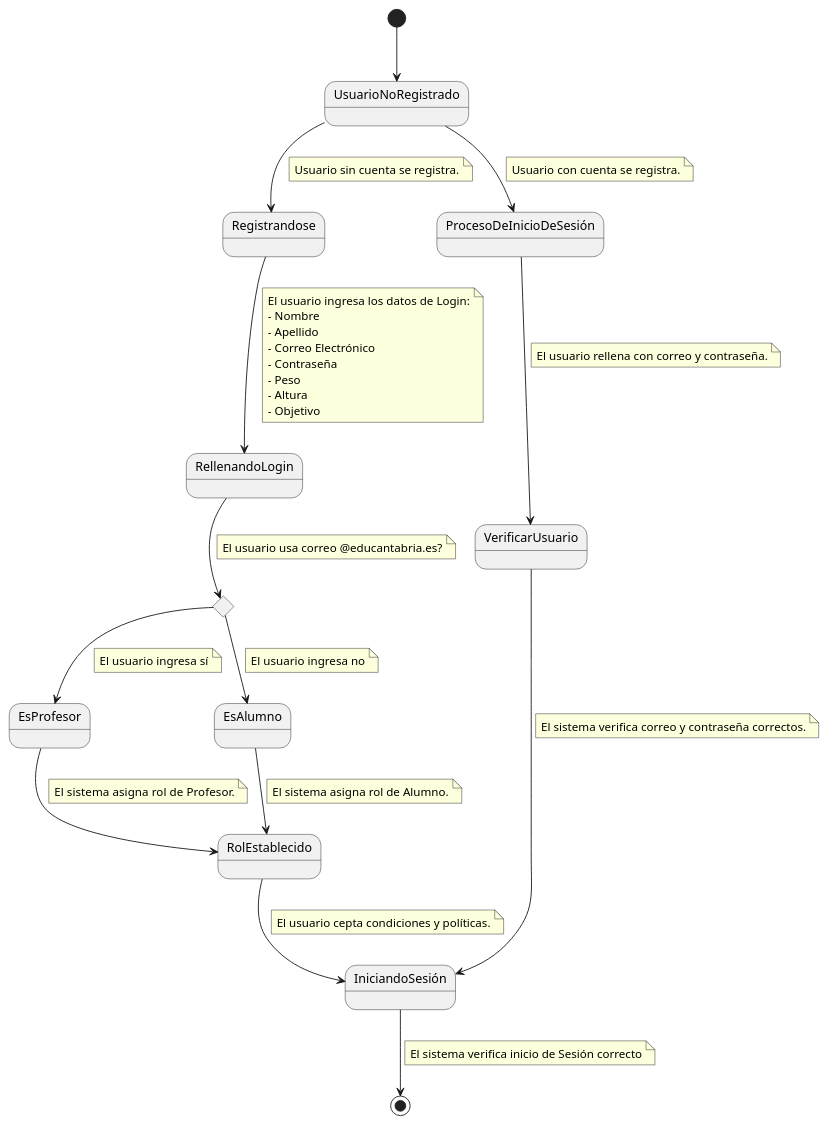
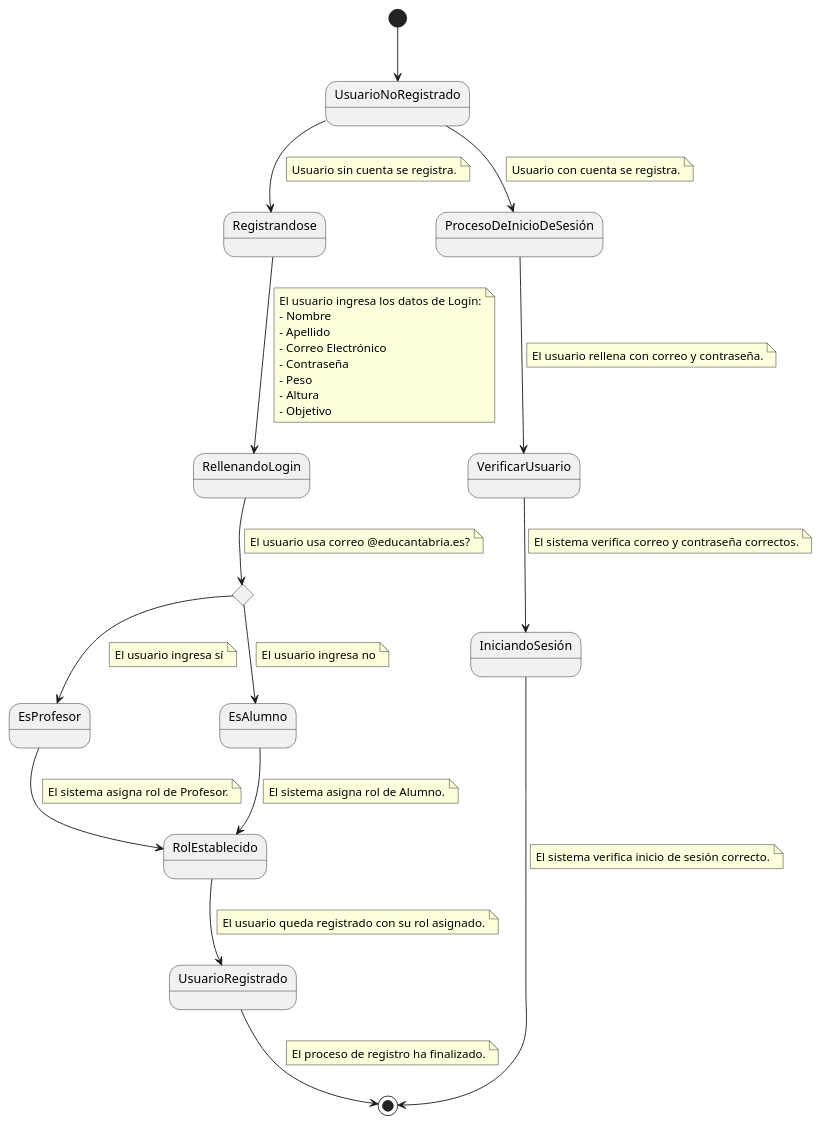
Before and after one commit to mmasias/24-25-IdSw1-SDR: the diagram in Documentos/DetallarCasosDeUso/Registrarse.puml, drawn with PlantUML. The commit also changed other lines of this file, not shown here.

Commit message:
Usuario registrado no necesariamente logueado

```diff
--- a/Documentos/DetallarCasosDeUso/Registrarse.puml
+++ b/Documentos/DetallarCasosDeUso/Registrarse.puml
@@ -1,72 +1,77 @@
 @startuml
 
   [*] --> UsuarioNoRegistrado
   UsuarioNoRegistrado --> Registrandose
   note on link
     Usuario sin cuenta se registra.
   end note
 
   UsuarioNoRegistrado --> ProcesoDeInicioDeSesión
   note on link
     Usuario con cuenta se registra.
   end note
 
   Registrandose --> RellenandoLogin
   note on link
     El usuario ingresa los datos de Login:
     - Nombre
     - Apellido
     - Correo Electrónico
     - Contraseña
     - Peso
     - Altura
     - Objetivo
   end note
   
   state rombo <<choice>>
   RellenandoLogin --> rombo
   note on link
     El usuario usa correo @educantabria.es?
   end note
   
   rombo --> EsProfesor
   note on link
     El usuario ingresa sí
   end note
   
   rombo --> EsAlumno
   note on link
     El usuario ingresa no
   end note
 
   EsAlumno --> RolEstablecido
   note on link
     El sistema asigna rol de Alumno.
   end note
   
   EsProfesor --> RolEstablecido
   note on link
     El sistema asigna rol de Profesor.
   end note
   
-  RolEstablecido --> IniciandoSesión
+  RolEstablecido --> UsuarioRegistrado
   note on link
-    El usuario cepta condiciones y políticas.
+    El usuario queda registrado con su rol asignado.
   end note
   
   ProcesoDeInicioDeSesión --> VerificarUsuario
   note on link
     El usuario rellena con correo y contraseña.
   end note
   
   VerificarUsuario --> IniciandoSesión
   note on link
     El sistema verifica correo y contraseña correctos.
   end note
   
   IniciandoSesión --> [*]
   note on link
-    El sistema verifica inicio de Sesión correcto
+    El sistema verifica inicio de sesión correcto.
   end note
-  
+
+  UsuarioRegistrado --> [*]
+  note on link
+    El proceso de registro ha finalizado.
+  end note
+
 @enduml
```
